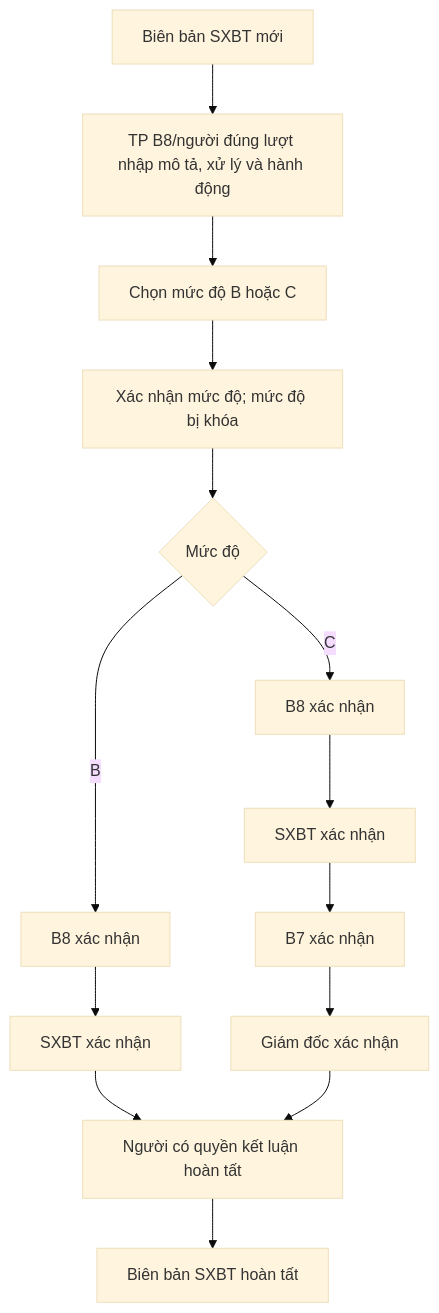
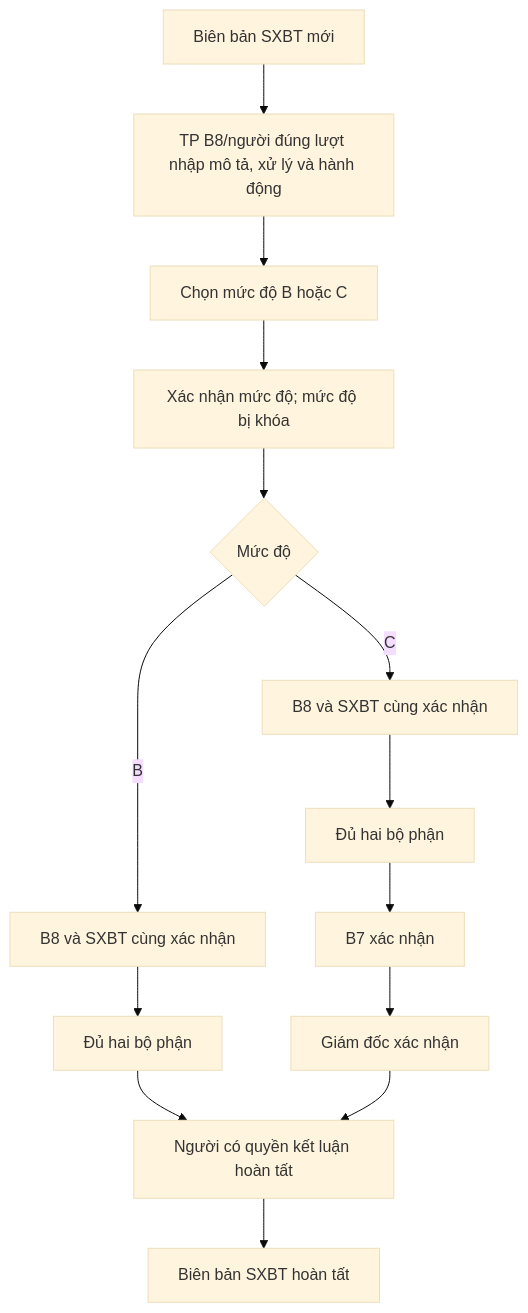
One commit to duyy1805/SoHoaBBK changed the tenth of 12 diagrams in docs/HUONG_DAN_LUONG_SO_HOA_KIEM_VA_BIEN_BAN.md. Above: the diagram before and after it, drawn with Mermaid (base theme). The commit also changed other lines of this file and 13 other files, not shown here.

````diff
--- a/docs/HUONG_DAN_LUONG_SO_HOA_KIEM_VA_BIEN_BAN.md
+++ b/docs/HUONG_DAN_LUONG_SO_HOA_KIEM_VA_BIEN_BAN.md
@@ -420,16 +427,16 @@
 ```mermaid
 flowchart TD
     A["Biên bản SXBT mới"] --> B["TP B8/người đúng lượt nhập mô tả, xử lý và hành động"]
     B --> C["Chọn mức độ B hoặc C"]
     C --> D["Xác nhận mức độ; mức độ bị khóa"]
     D --> E{"Mức độ"}
-    E -->|"B"| F["B8 xác nhận"]
-    F --> G["SXBT xác nhận"]
-    E -->|"C"| H["B8 xác nhận"]
-    H --> I["SXBT xác nhận"]
+    E -->|"B"| F["B8 và SXBT cùng xác nhận"]
+    E -->|"C"| H["B8 và SXBT cùng xác nhận"]
+    F --> G["Đủ hai bộ phận"]
+    H --> I["Đủ hai bộ phận"]
     I --> J["B7 xác nhận"]
     J --> K["Giám đốc xác nhận"]
     G --> L["Người có quyền kết luận hoàn tất"]
     K --> L
     L --> M["Biên bản SXBT hoàn tất"]
 ```
````
